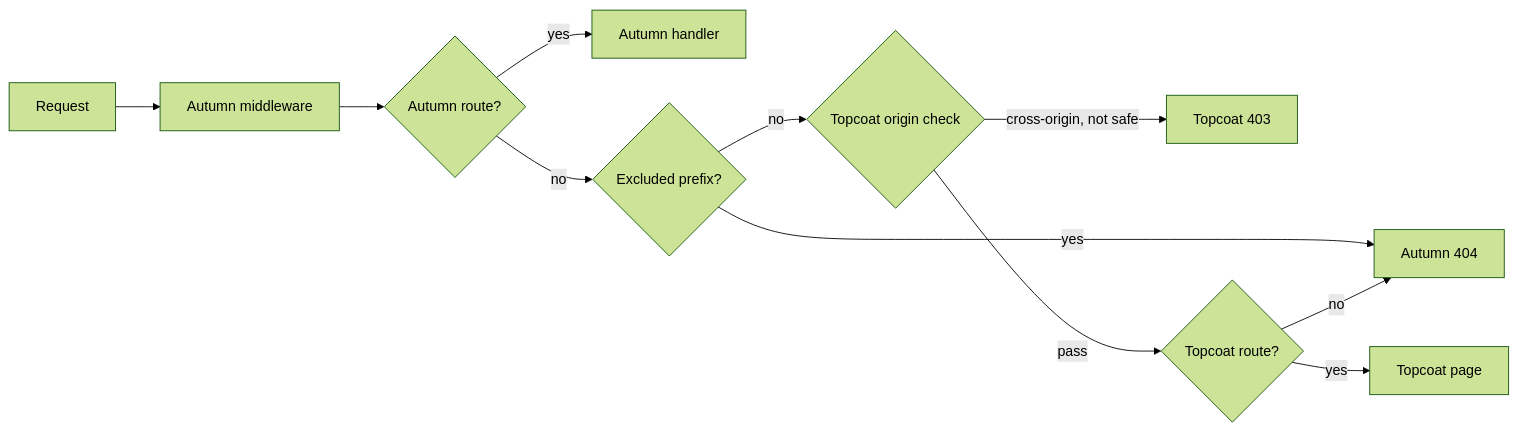
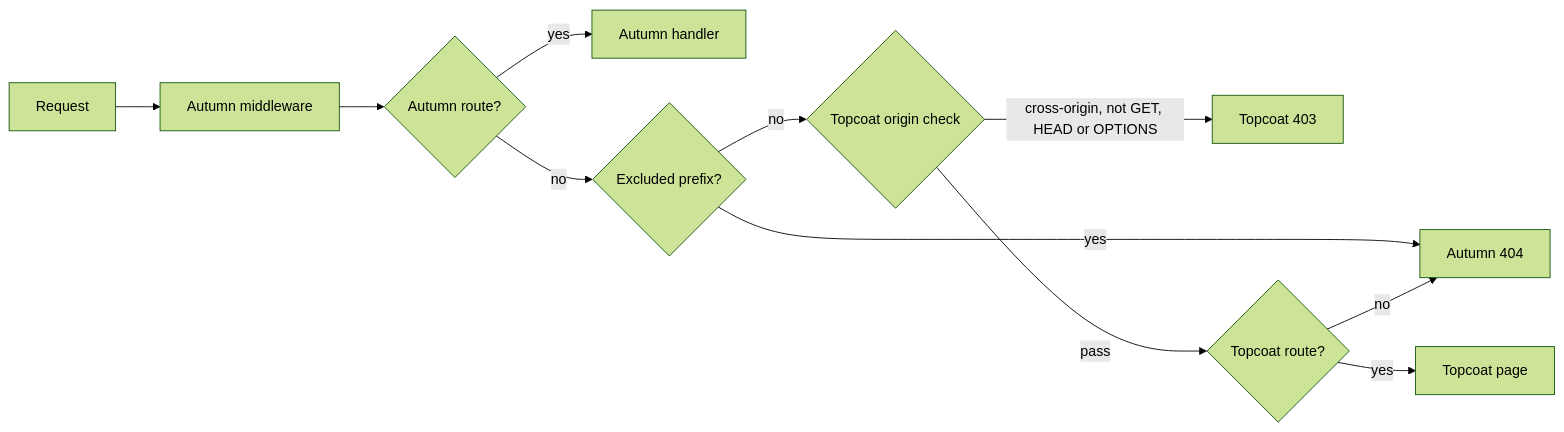
One commit to autumn-foundation/autumn-plugin-topcoat changed the diagram in README.md. Above: the diagram before and after it, drawn with Mermaid (forest theme). The commit also changed other lines of this file and 11 other files, not shown here.

````diff
--- a/README.md
+++ b/README.md
@@ -97,13 +97,13 @@
 ```mermaid
 flowchart LR
     A["Request"] --> B["Autumn middleware"]
     B --> C{"Autumn route?"}
     C -->|"yes"| D["Autumn handler"]
     C -->|"no"| E{"Excluded prefix?"}
     E -->|"yes"| F["Autumn 404"]
     E -->|"no"| O{"Topcoat origin check"}
-    O -->|"cross-origin, not safe"| X["Topcoat 403"]
+    O -->|"cross-origin, not GET, HEAD or OPTIONS"| X["Topcoat 403"]
     O -->|"pass"| G{"Topcoat route?"}
     G -->|"yes"| H["Topcoat page"]
     G -->|"no"| F
 ```
````
